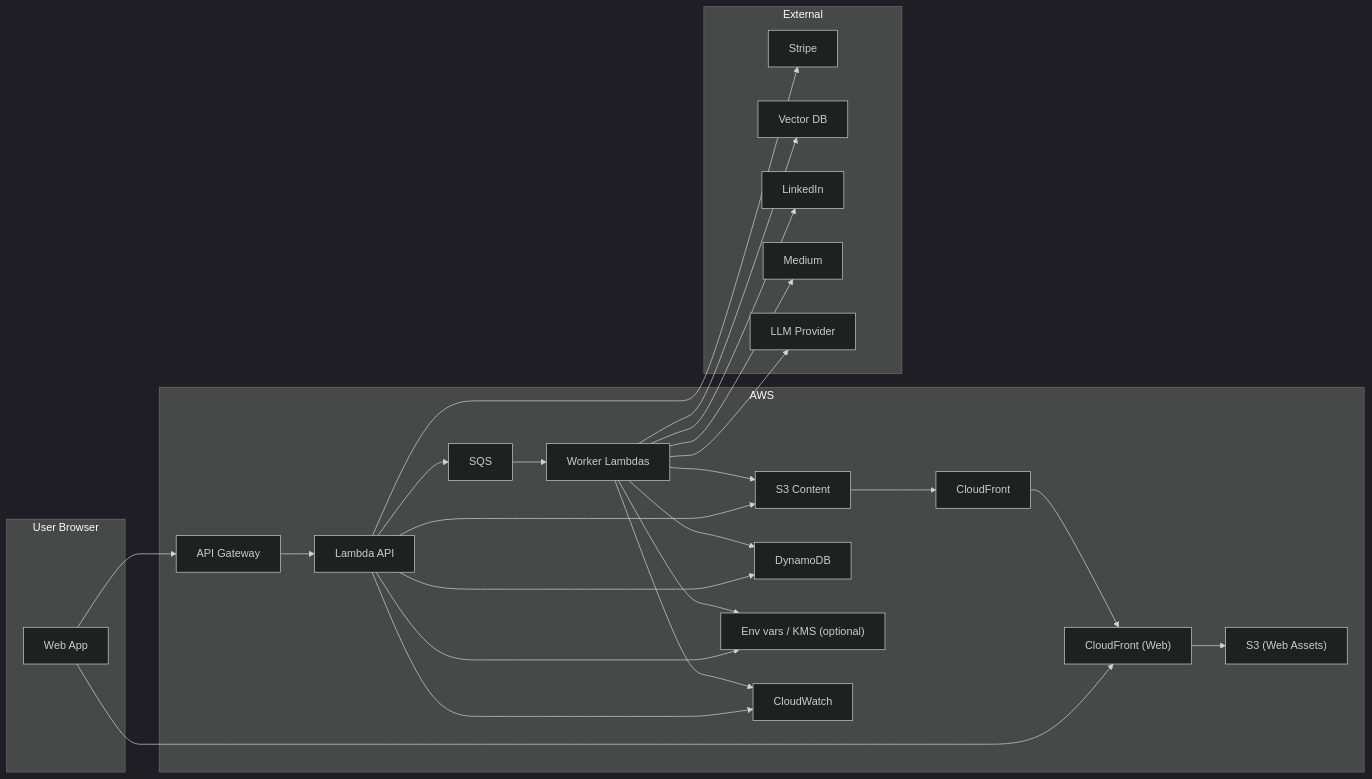
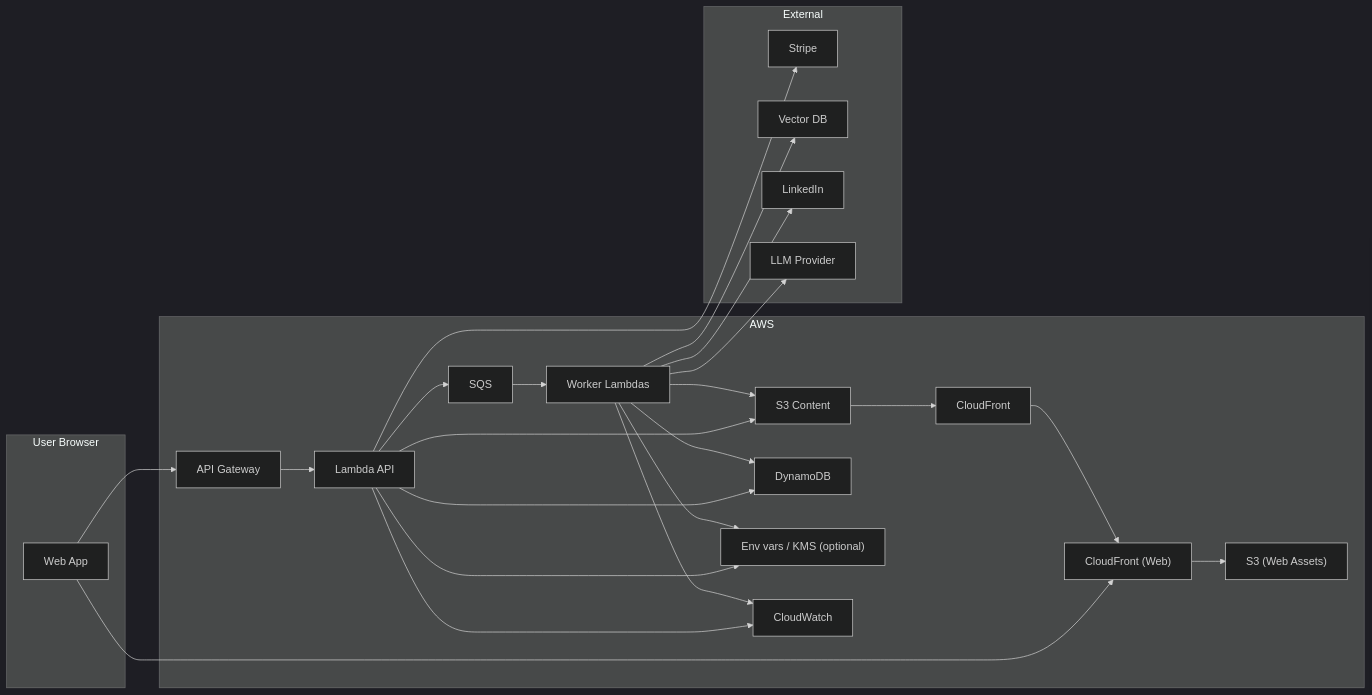
The sixth of 6 diagrams in docs/technical/noteship-system-architecture.md (AhmedYassinH/noteship), drawn with Mermaid (dark theme) before and after one commit. The commit also changed other lines of this file and 25 other files, not shown here.

````diff
--- a/docs/technical/noteship-system-architecture.md
+++ b/docs/technical/noteship-system-architecture.md
@@ -379,48 +378,46 @@
 ```mermaid
 flowchart LR
   subgraph User["User Browser"]
     B["Web App"]
   end
 
   subgraph AWS["AWS"]
     CFWEB["CloudFront (Web)"]
     S3WEB["S3 (Web Assets)"]
     APIGW["API Gateway"]
     LAPI["Lambda API"]
     S3["S3 Content"]
     CF["CloudFront"]
     DDB["DynamoDB"]
     SQS["SQS"]
     W["Worker Lambdas"]
     SM["Env vars / KMS (optional)"]
     CW["CloudWatch"]
   end
 
   subgraph External["External"]
     STRIPE["Stripe"]
     VDB["Vector DB"]
     LI["LinkedIn"]
-    MED["Medium"]
     LLM["LLM Provider"]
   end
 
   B --> CFWEB
   CFWEB --> S3WEB
   B --> APIGW --> LAPI
   LAPI --> DDB
   LAPI --> S3
   LAPI --> SQS
   SQS --> W
   W --> DDB
   W --> S3
   W --> VDB
   W --> LI
-  W --> MED
   LAPI --> STRIPE
   W --> LLM
   LAPI --> SM
   W --> SM
   LAPI --> CW
   W --> CW
   S3 --> CF --> CFWEB
 ```
````
